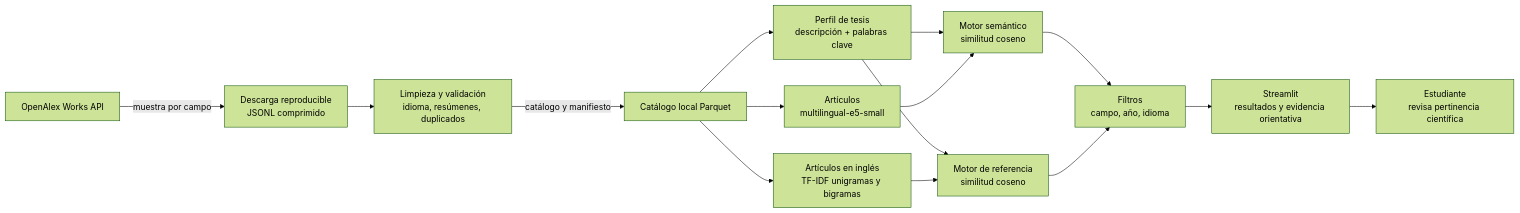
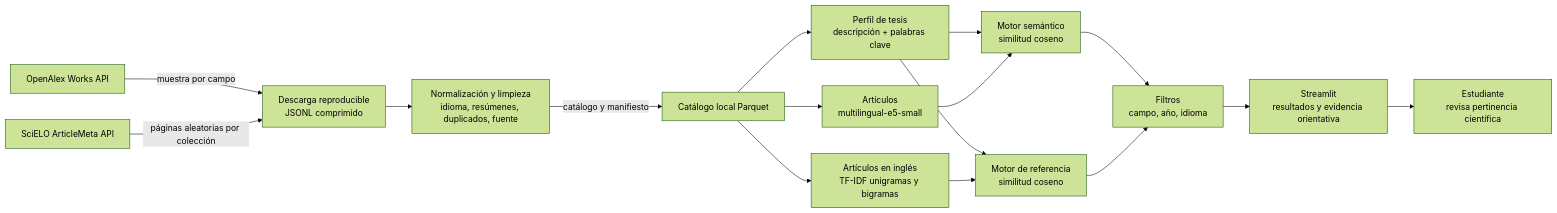
Before and after one commit to Sebas41/SistemaRecomendador: the diagram in docs/arquitectura.mmd, drawn with Mermaid (forest theme). The commit also changed 12 other files, not shown here.

Commit message:
feat(data): integrate SciELO ArticleMeta source

```diff
--- a/docs/arquitectura.mmd
+++ b/docs/arquitectura.mmd
@@ -1,15 +1,16 @@
 flowchart LR
     A[OpenAlex Works API] -->|muestra por campo| B[Descarga reproducible<br/>JSONL comprimido]
-    B --> C[Limpieza y validación<br/>idioma, resúmenes, duplicados]
+    S[SciELO ArticleMeta API] -->|páginas aleatorias por colección| B
+    B --> C[Normalización y limpieza<br/>idioma, resúmenes, duplicados, fuente]
     C -->|catálogo y manifiesto| D[Catálogo local Parquet]
     D --> E[Perfil de tesis<br/>descripción + palabras clave]
     D --> F[Artículos<br/>multilingual-e5-small]
     D --> G[Artículos en inglés<br/>TF-IDF unigramas y bigramas]
     E --> H[Motor semántico<br/>similitud coseno]
     F --> H
     E --> I[Motor de referencia<br/>similitud coseno]
     G --> I
     H --> J[Filtros<br/>campo, año, idioma]
     I --> J
     J --> K[Streamlit<br/>resultados y evidencia orientativa]
     K --> L[Estudiante<br/>revisa pertinencia científica]
```
